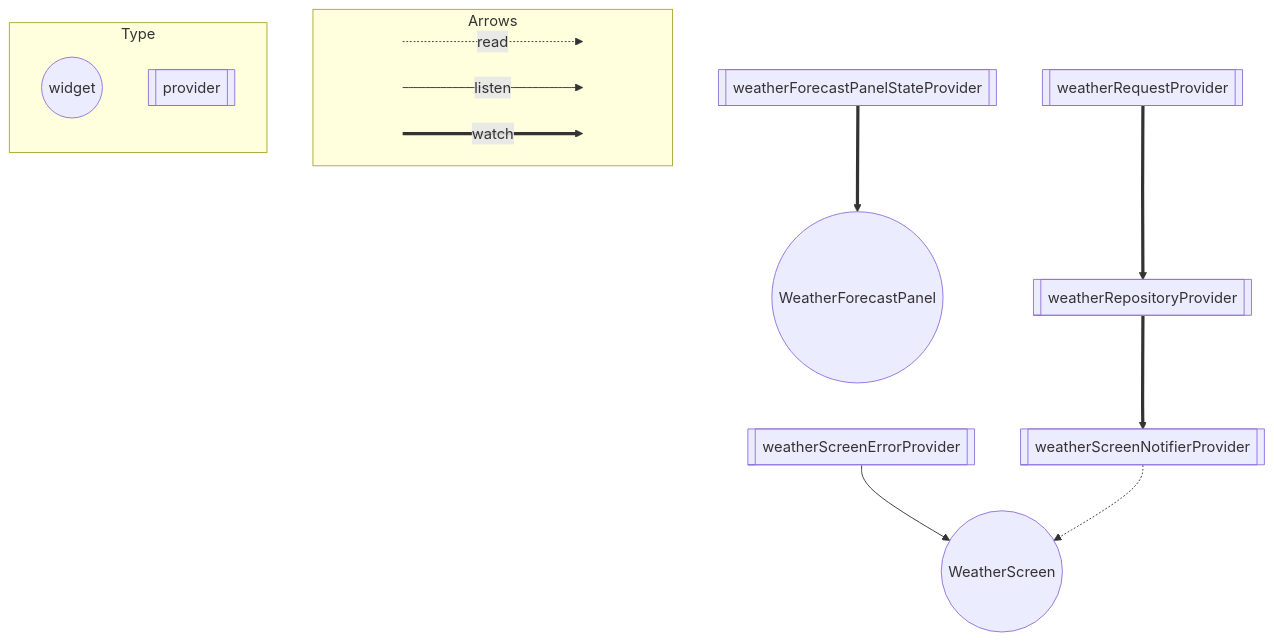
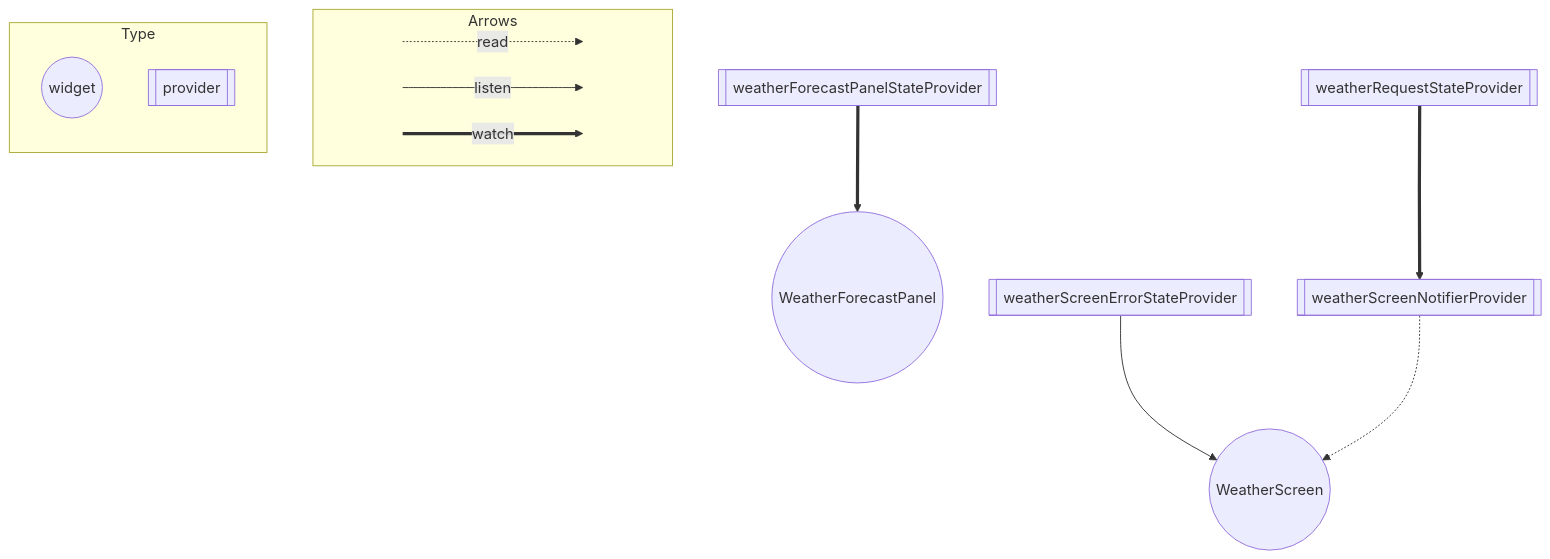
The diagram in ARCHITECTURE.md (iseruuuuu/flutter_yumemi_training_app), drawn with Mermaid before and after one commit. The commit also changed other lines of this file, not shown here.

Commit message:
add: update ARCHITECTURE.md

````diff
--- a/ARCHITECTURE.md
+++ b/ARCHITECTURE.md
@@ -3,34 +3,31 @@
 ```mermaid
 flowchart TB
   subgraph Arrows
     direction LR
     start1[ ] -..->|read| stop1[ ]
     style start1 height:0px;
     style stop1 height:0px;
     start2[ ] --->|listen| stop2[ ]
     style start2 height:0px;
     style stop2 height:0px; 
     start3[ ] ===>|watch| stop3[ ]
     style start3 height:0px;
     style stop3 height:0px; 
   end
 
   subgraph Type
     direction TB
     ConsumerWidget((widget));
     Provider[[provider]];
   end
   WeatherForecastPanel((WeatherForecastPanel));
   weatherForecastPanelStateProvider ==> WeatherForecastPanel;
   WeatherScreen((WeatherScreen));
-  weatherScreenErrorProvider --> WeatherScreen;
+  weatherScreenErrorStateProvider --> WeatherScreen;
   weatherScreenNotifierProvider -.-> WeatherScreen;
+  weatherScreenNotifierProvider[[weatherScreenNotifierProvider]];
+  weatherRequestStateProvider ==> weatherScreenNotifierProvider;
+  weatherRequestStateProvider[[weatherRequestStateProvider]];
   weatherForecastPanelStateProvider[[weatherForecastPanelStateProvider]];
-  weatherRepositoryProvider[[weatherRepositoryProvider]];
-  weatherRequestProvider ==> weatherRepositoryProvider;
-  weatherRequestProvider[[weatherRequestProvider]];
-  weatherScreenNotifierProvider[[weatherScreenNotifierProvider]];
-  weatherRepositoryProvider ==> weatherScreenNotifierProvider;
-  weatherScreenErrorProvider[[weatherScreenErrorProvider]];
-
+  weatherScreenErrorStateProvider[[weatherScreenErrorStateProvider]];
 ```
````
